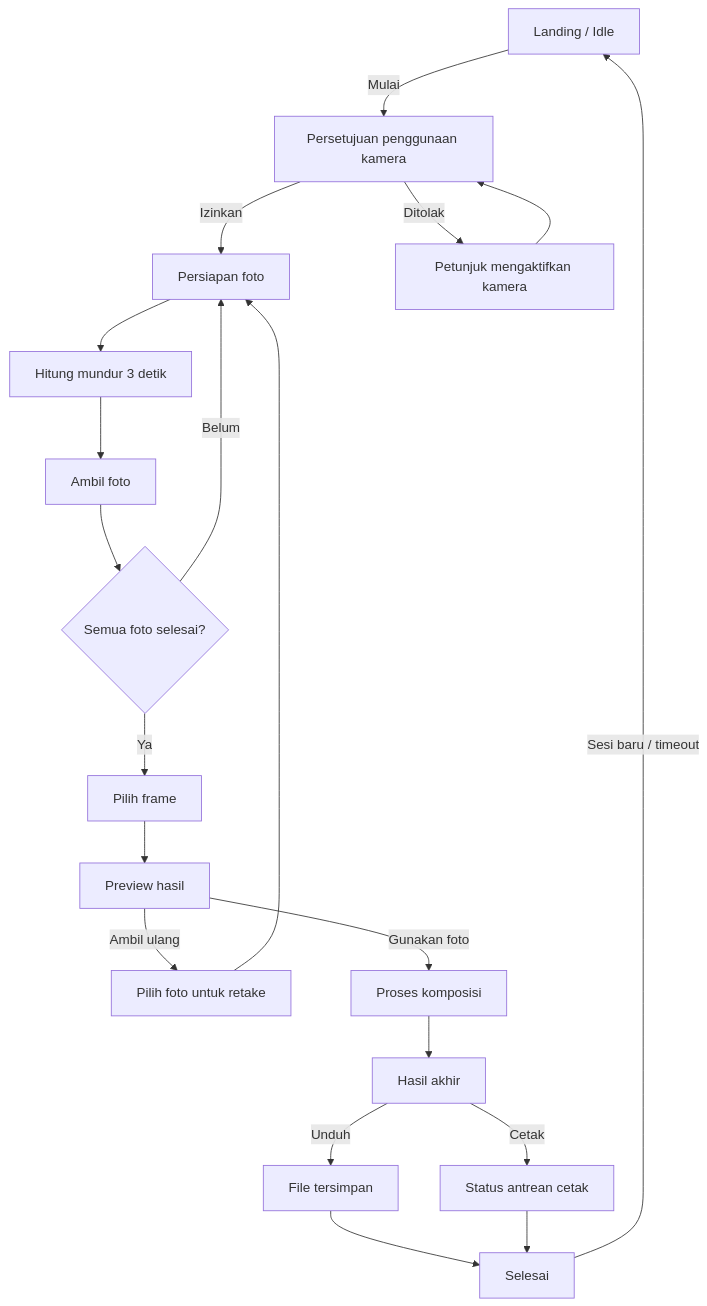
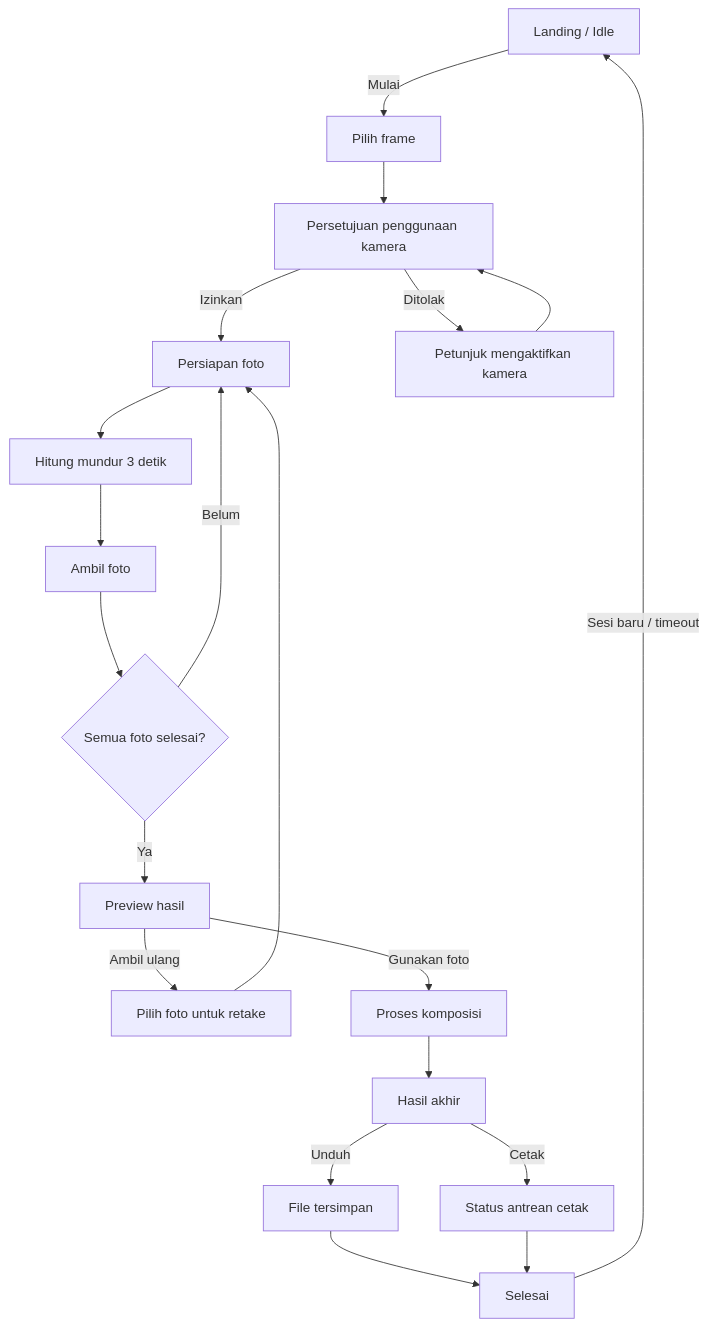
One commit to rendrabagasdev/photoboth-gemma changed the first of 2 diagrams in docs/flow-app.md. Above: the diagram before and after it, drawn with Mermaid. The commit also changed other lines of this file and 18 other files, not shown here.

````diff
--- a/docs/flow-app.md
+++ b/docs/flow-app.md
@@ -59,22 +59,22 @@
 ```mermaid
 flowchart TD
-    A[Landing / Idle] -->|Mulai| B[Persetujuan penggunaan kamera]
+    A[Landing / Idle] -->|Mulai| C[Pilih frame]
+    C --> B[Persetujuan penggunaan kamera]
     B -->|Izinkan| D[Persiapan foto]
     B -->|Ditolak| B1[Petunjuk mengaktifkan kamera]
     B1 --> B
     D --> E[Hitung mundur 3 detik]
     E --> F[Ambil foto]
     F --> G{Semua foto selesai?}
     G -->|Belum| D
-    G -->|Ya| C[Pilih frame]
-    C --> H[Preview hasil]
+    G -->|Ya| H[Preview hasil]
     H -->|Ambil ulang| I[Pilih foto untuk retake]
     I --> D
     H -->|Gunakan foto| J[Proses komposisi]
     J --> K[Hasil akhir]
     K -->|Unduh| L[File tersimpan]
     K -->|Cetak| M[Status antrean cetak]
     L --> N[Selesai]
     M --> N
     N -->|Sesi baru / timeout| A
 ```
````
